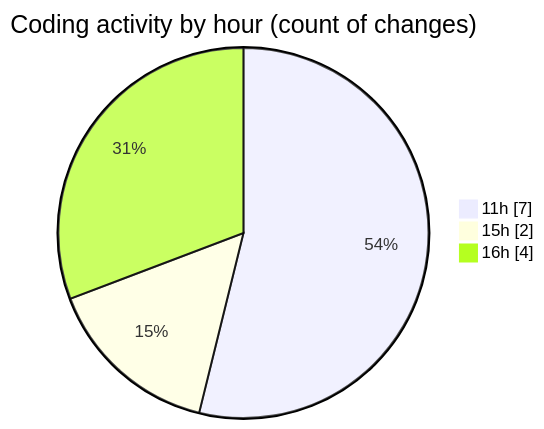
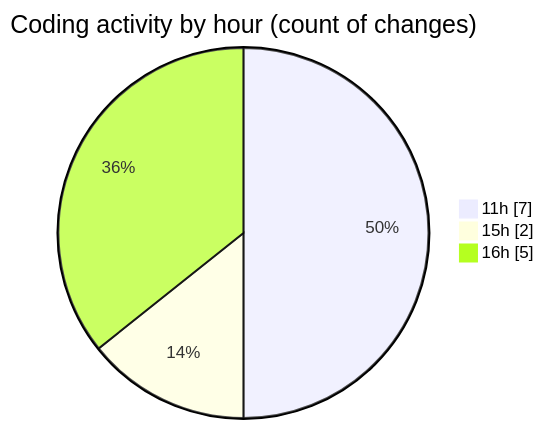
The second of 2 diagrams in 2025-05-12/cancelacionsegurosvida/README.md (jcpc91/code-tracking), drawn with Mermaid before and after one commit. The commit also changed other lines of this file and 1 other file, not shown here.

````diff
--- a/2025-05-12/cancelacionsegurosvida/README.md
+++ b/2025-05-12/cancelacionsegurosvida/README.md
@@ -32,7 +32,7 @@
 ```mermaid
 pie showData
 title Coding activity by hour (count of changes)
 "11h" : 7
 "15h" : 2
-"16h" : 4
+"16h" : 5
 ```
````
